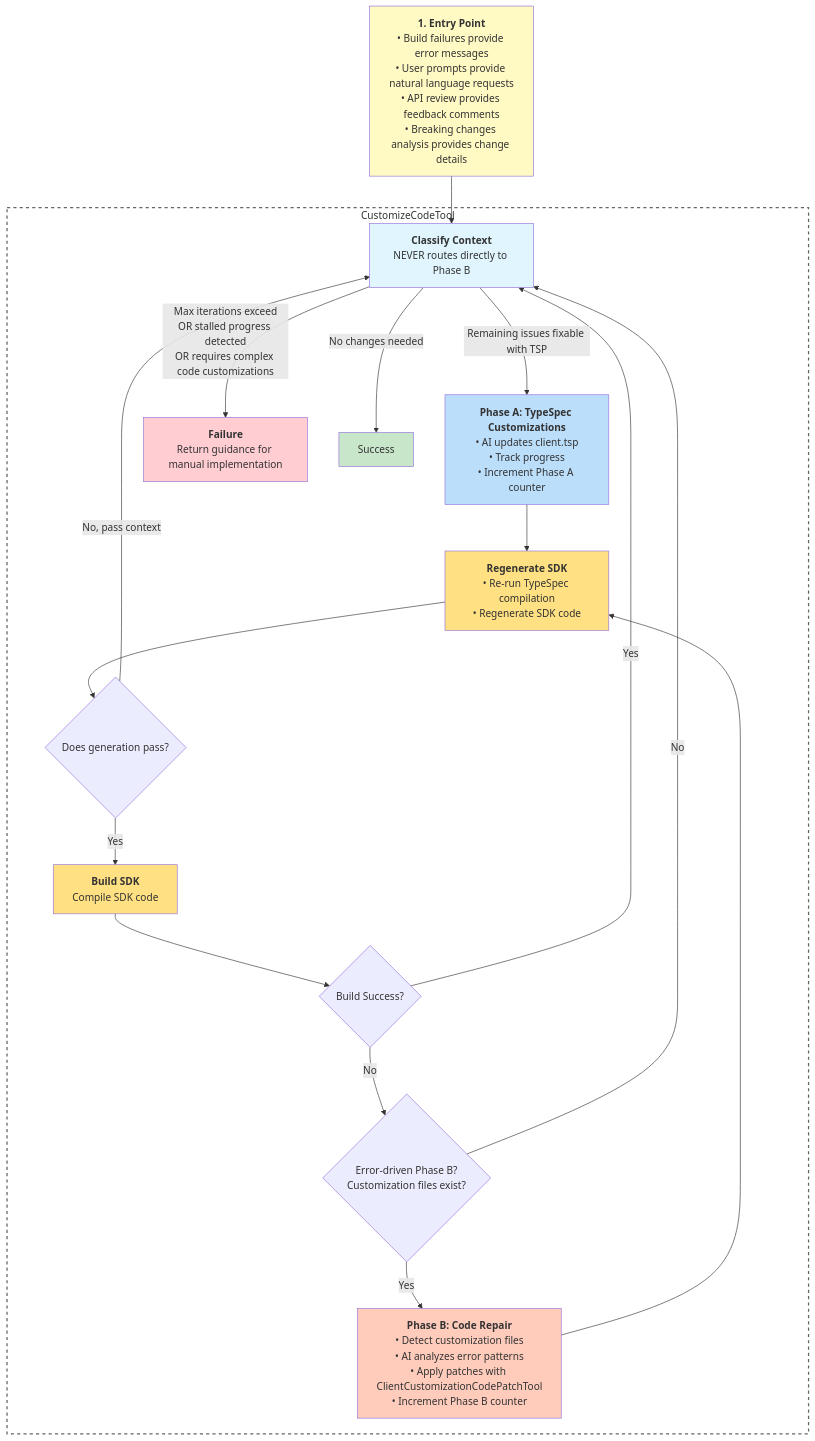
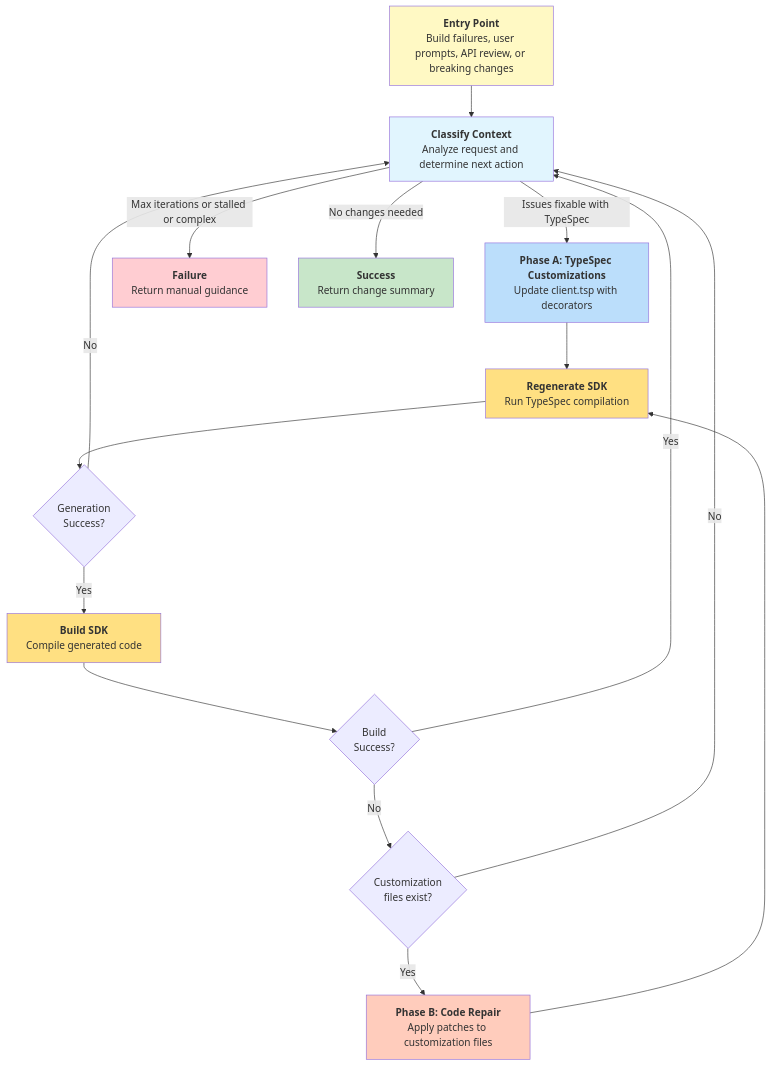
The second of 2 diagrams in tools/azsdk-cli/docs/specs/3-customizing-client-tsp.spec.md (Azure/azure-sdk-tools), drawn with Mermaid before and after one commit.

Commit message:
Simplify workflow diagram in documentation

````diff
--- a/tools/azsdk-cli/docs/specs/3-customizing-client-tsp.spec.md
+++ b/tools/azsdk-cli/docs/specs/3-customizing-client-tsp.spec.md
@@ -307,38 +307,36 @@
 ```mermaid
 flowchart TD
-    Entry[<b>1. Entry Point</b><br/>• Build failures provide error messages<br/>• User prompts provide natural language requests<br/>• API review provides feedback comments<br/>• Breaking changes analysis provides change details]
-
+    Entry[<b>Entry Point</b><br/>Build failures, user prompts, API review, or breaking changes]
     Entry --> Classify
 
-    subgraph Tool [CustomizeCodeTool]
-        Classify[<b>Classify Context</b><br/>NEVER routes directly to Phase B]
-        Classify --> |Remaining issues fixable with TSP|PhaseA[<b>Phase A: TypeSpec Customizations</b><br/>• AI updates client.tsp<br/>• Track progress<br/>• Increment Phase A counter]
-        Classify --> |Max iterations exceed<br/>OR stalled progress detected<br/>OR requires complex code customizations| Failure[<b>Failure</b><br/>Return guidance for manual implementation]
-        Classify --> |No changes needed| Success
+    Classify[<b>Classify Context</b><br/>Analyze request and determine next action]
+    Classify -->|Issues fixable with TypeSpec| PhaseA
+    Classify -->|Max iterations or stalled or complex| Failure
+    Classify -->|No changes needed| Success
 
-        PhaseA --> RegenSDK[<b>Regenerate SDK</b><br/>• Re-run TypeSpec compilation<br/>• Regenerate SDK code<br/>]
+    PhaseA[<b>Phase A: TypeSpec Customizations</b><br/>Update client.tsp with decorators]
+    PhaseA --> Regen[<b>Regenerate SDK</b><br/>Run TypeSpec compilation]
 
-        RegenSDK --> ValidateRegen{Does generation pass?}
-        ValidateRegen --> |No, pass context| Classify
-        ValidateRegen --> |Yes| BuildSDK[<b>Build SDK</b><br/>Compile SDK code<br/>]
+    Regen --> RegenOK{Generation<br/>Success?}
+    RegenOK -->|No| Classify
+    RegenOK -->|Yes| Build[<b>Build SDK</b><br/>Compile generated code]
 
-        BuildSDK --> BuildSuccess{Build Success?}
-        BuildSuccess --> |Yes| Classify
-        BuildSuccess --> |No| CheckPhaseB{Error-driven Phase B?<br/>Customization files exist?}
-        CheckPhaseB --> |No| Classify
-        CheckPhaseB --> |Yes| PhaseB[<b>Phase B: Code Repair</b><br/>• Detect customization files<br/>• AI analyzes error patterns<br/>• Apply patches with ClientCustomizationCodePatchTool<br/>• Increment Phase B counter]
-        PhaseB --> RegenSDK
+    Build --> BuildOK{Build<br/>Success?}
+    BuildOK -->|Yes| Classify
+    BuildOK -->|No| CheckB{Customization<br/>files exist?}
+    CheckB -->|No| Classify
+    CheckB -->|Yes| PhaseB[<b>Phase B: Code Repair</b><br/>Apply patches to customization files]
+    PhaseB --> Regen
 
-    end
+    Success[<b>Success</b><br/>Return change summary]
+    Failure[<b>Failure</b><br/>Return manual guidance]
 
     style Entry fill:#fff9c4
     style Classify fill:#e1f5fe
     style PhaseA fill:#bbdefb
     style PhaseB fill:#ffccbc
     style Success fill:#c8e6c9
     style Failure fill:#ffcdd2
-    style RegenSDK fill:#ffe082
-    style RegenSDK fill:#ffe082
-    style BuildSDK fill:#ffe082
-    style Tool fill:none,stroke:#666,stroke-width:2px,stroke-dasharray: 5 5
+    style Regen fill:#ffe082
+    style Build fill:#ffe082
 ```
````
